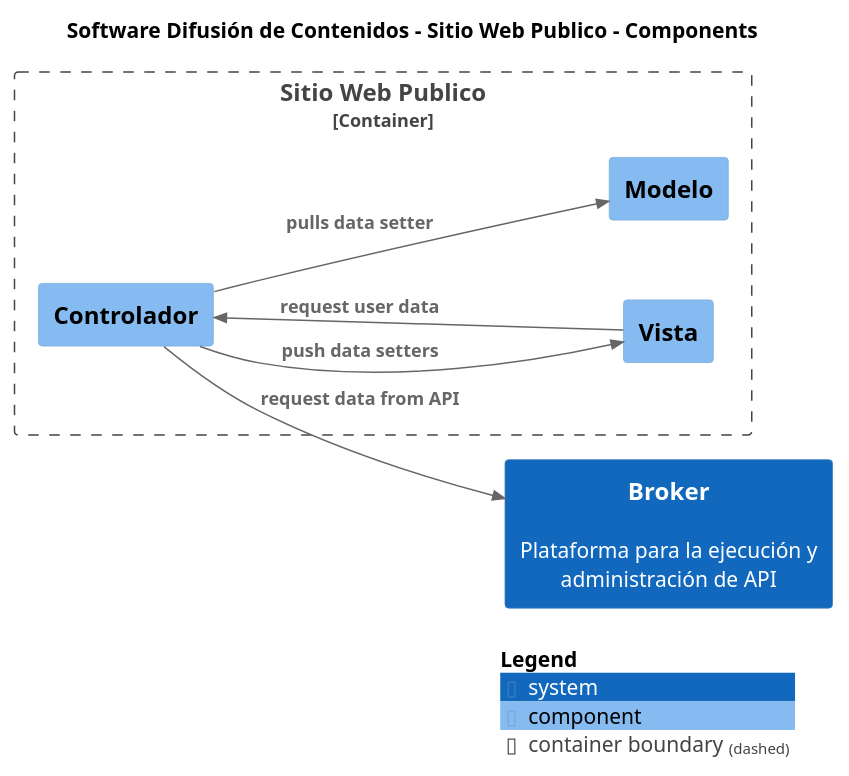
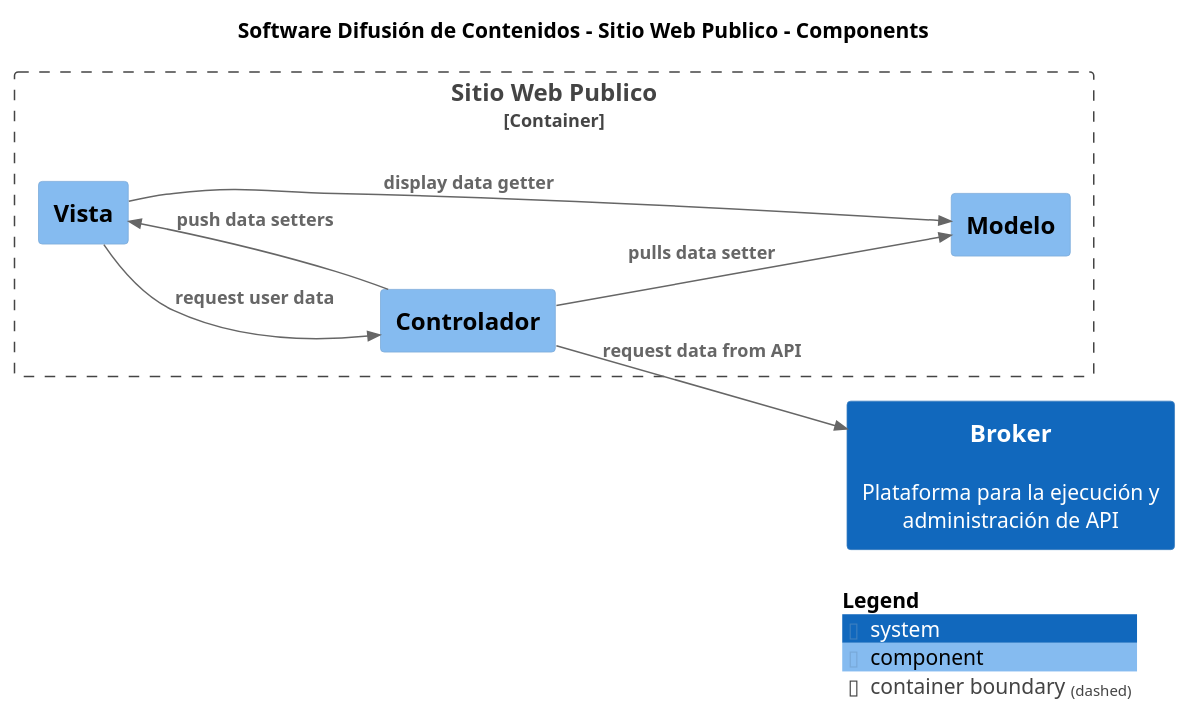
The diagram in build/site/master/puml/Component-001.puml (nbrx/c4-dcc-arq), drawn with PlantUML before and after one commit. The commit also changed 23 other files, not shown here.

```diff
--- a/build/site/master/puml/Component-001.puml
+++ b/build/site/master/puml/Component-001.puml
@@ -1,25 +1,26 @@
 @startuml
 set separator none
 title Software Difusión de Contenidos - Sitio Web Publico - Components
 
 left to right direction
 
 !include <C4/C4>
 !include <C4/C4_Context>
 !include <C4/C4_Component>
 
 System(Broker, "Broker", "Plataforma para la ejecución y administración de API", $tags="")
 
 Container_Boundary("SoftwareDifusióndeContenidos.SitioWebPublico_boundary", "Sitio Web Publico", $tags="") {
   Component(SoftwareDifusióndeContenidos.SitioWebPublico.Modelo, "Modelo", "", $tags="")
   Component(SoftwareDifusióndeContenidos.SitioWebPublico.Vista, "Vista", "", $tags="")
   Component(SoftwareDifusióndeContenidos.SitioWebPublico.Controlador, "Controlador", "", $tags="")
 }
 
 Rel_D(SoftwareDifusióndeContenidos.SitioWebPublico.Controlador, SoftwareDifusióndeContenidos.SitioWebPublico.Modelo, "pulls data setter", $tags="")
 Rel_D(SoftwareDifusióndeContenidos.SitioWebPublico.Controlador, SoftwareDifusióndeContenidos.SitioWebPublico.Vista, "push data setters", $tags="")
 Rel_D(SoftwareDifusióndeContenidos.SitioWebPublico.Vista, SoftwareDifusióndeContenidos.SitioWebPublico.Controlador, "request user data", $tags="")
+Rel_D(SoftwareDifusióndeContenidos.SitioWebPublico.Vista, SoftwareDifusióndeContenidos.SitioWebPublico.Modelo, "display data getter", $tags="")
 Rel_D(SoftwareDifusióndeContenidos.SitioWebPublico.Controlador, Broker, "request data from API", $tags="")
 
 SHOW_LEGEND(true)
 @enduml
```
